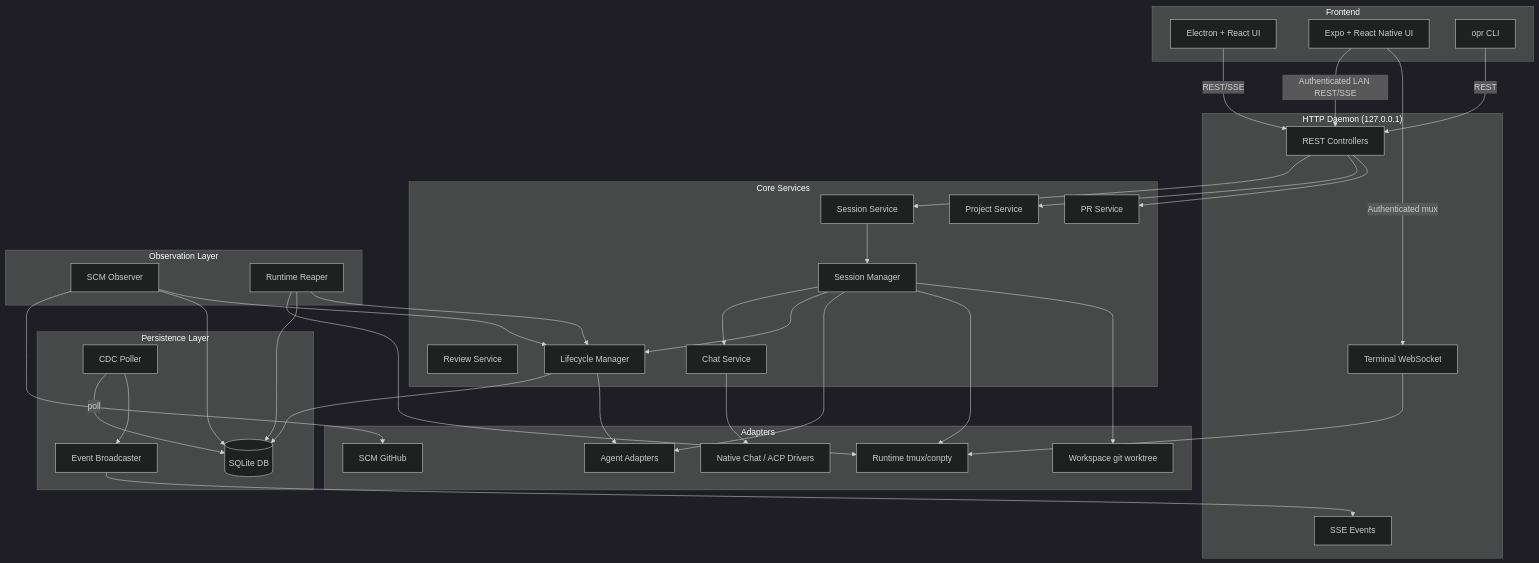
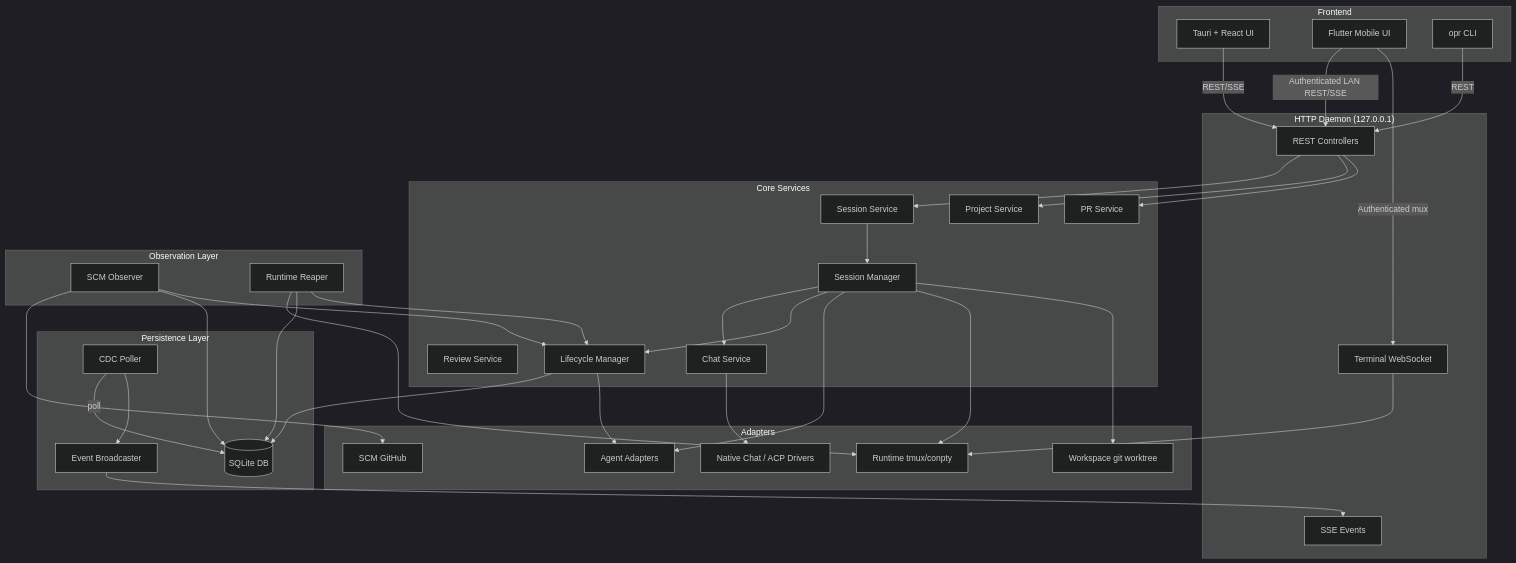
The second of 24 diagrams in docs/architecture.md (OmarAly92/Operator), drawn with Mermaid (dark theme) before and after one commit. The commit also changed other lines of this file and 29 other files, not shown here.

````diff
--- a/docs/architecture.md
+++ b/docs/architecture.md
@@ -53,77 +53,77 @@
 ```mermaid
 graph TB
     subgraph Frontend
-        FE[Electron + React UI]
-        Mobile[Expo + React Native UI]
+        FE[Tauri + React UI]
+        Mobile[Flutter Mobile UI]
         CLI[opr CLI]
     end
 
     subgraph HTTP["HTTP Daemon (127.0.0.1)"]
         Controllers[REST Controllers]
         SSE[SSE Events]
         Terminal[Terminal WebSocket]
     end
 
     subgraph Core["Core Services"]
         SessionSvc[Session Service]
         ProjectSvc[Project Service]
         PRSvc[PR Service]
         ReviewSvc[Review Service]
         SessionMgr[Session Manager]
         ChatSvc[Chat Service]
         LCM[Lifecycle Manager]
     end
 
     subgraph Observe["Observation Layer"]
         SCMObserver[SCM Observer]
         Reaper[Runtime Reaper]
     end
 
     subgraph Storage["Persistence Layer"]
         SQLite[(SQLite DB)]
         CDC[CDC Poller]
         Broadcaster[Event Broadcaster]
     end
 
     subgraph Adapters["Adapters"]
         AgentAdapter[Agent Adapters]
         RuntimeAdapter[Runtime tmux/conpty]
         ChatDriver[Native Chat / ACP Drivers]
         WorkspaceAdapter[Workspace git worktree]
         SCMAdapter[SCM GitHub]
     end
 
     FE -->|REST/SSE| Controllers
     Mobile -->|Authenticated LAN REST/SSE| Controllers
     Mobile -->|Authenticated mux| Terminal
     CLI -->|REST| Controllers
     Controllers --> SessionSvc
     Controllers --> ProjectSvc
     Controllers --> PRSvc
 
     SessionSvc --> SessionMgr
     SessionMgr --> ChatSvc
     SessionMgr --> LCM
     SessionMgr --> AgentAdapter
     SessionMgr --> RuntimeAdapter
     SessionMgr --> WorkspaceAdapter
     ChatSvc --> ChatDriver
 
     LCM --> SQLite
     LCM --> AgentAdapter
 
     SCMObserver --> SCMAdapter
     SCMObserver --> SQLite
     SCMObserver --> LCM
 
     Reaper --> RuntimeAdapter
     Reaper --> SQLite
     Reaper --> LCM
 
     CDC -->|poll| SQLite
     CDC --> Broadcaster
     Broadcaster --> SSE
 
     Terminal --> RuntimeAdapter
 
 ```
````
